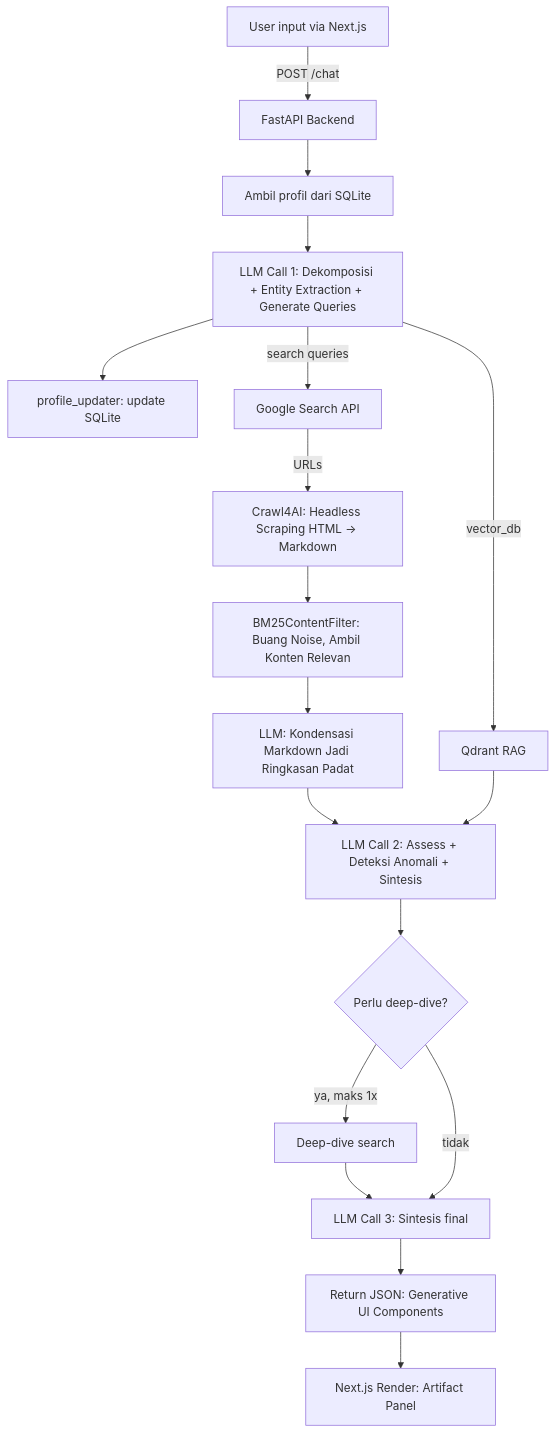
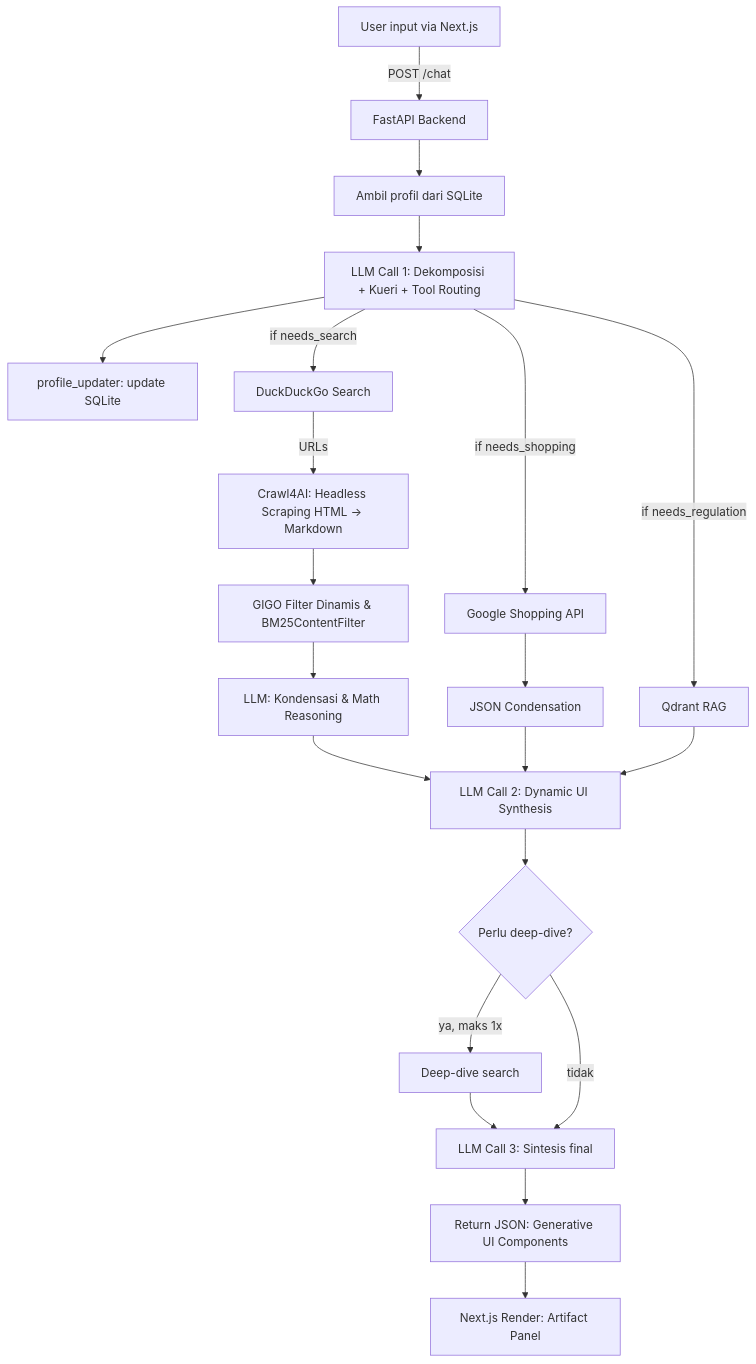
One commit to Hiro347/APPA changed the second of 3 diagrams in APPA_Tech_Spec.md. Above: the diagram before and after it, drawn with Mermaid. The commit also changed other lines of this file and 10 other files, not shown here.

Commit message:
docs: finalize v1 backlog and tech spec for dynamic architecture

````diff
--- a/APPA_Tech_Spec.md
+++ b/APPA_Tech_Spec.md
@@ -145,28 +145,33 @@
 ```mermaid
 flowchart TD
     A[User input via Next.js] -->|POST /chat| B[FastAPI Backend]
     B --> C[Ambil profil dari SQLite]
     
-    %% Otak Riset
-    C --> D[LLM Call 1: Dekomposisi + Entity Extraction + Generate Queries]
+    %% Otak Riset (Dynamic Routing)
+    C --> D[LLM Call 1: Dekomposisi + Kueri + Tool Routing]
     D --> E[profile_updater: update SQLite]
-    D -->|search queries| F[Google Search API]
-    D -->|vector_db| G[Qdrant RAG]
+    
+    %% Conditional Fan-out
+    D -- if needs_search --> F[DuckDuckGo Search]
+    D -- if needs_shopping --> F2[Google Shopping API]
+    D -- if needs_regulation --> G[Qdrant RAG]
     
     %% Filter & Condense Pipeline
     F -->|URLs| H[Crawl4AI: Headless Scraping HTML -> Markdown]
-    H --> H2[BM25ContentFilter: Buang Noise, Ambil Konten Relevan]
-    H2 --> I[LLM: Kondensasi Markdown Jadi Ringkasan Padat]
+    H --> H2[GIGO Filter Dinamis & BM25ContentFilter]
+    H2 --> I[LLM: Kondensasi & Math Reasoning]
+    F2 --> I2[JSON Condensation]
     
     %% Otak Analisis & Komunikasi
-    I --> J[LLM Call 2: Assess + Deteksi Anomali + Sintesis]
+    I --> J[LLM Call 2: Dynamic UI Synthesis]
+    I2 --> J
     G --> J
     J --> K{Perlu deep-dive?}
     K -- ya, maks 1x --> L[Deep-dive search]
     L --> M[LLM Call 3: Sintesis final]
     K -- tidak --> M
     
     %% Generative UI Output
     M --> N[Return JSON: Generative UI Components]
     N --> O[Next.js Render: Artifact Panel]
 ```
````
